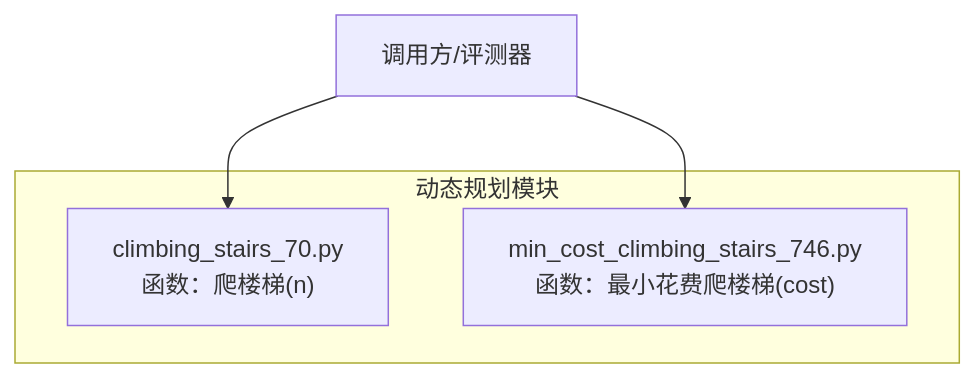
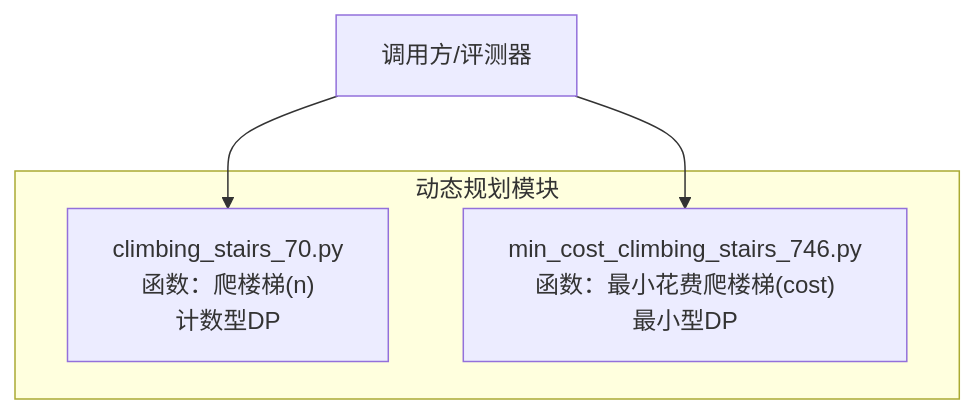
One commit to jameingh/x-leetcode changed the second of 6 diagrams in .qoder/repowiki/zh/content/第三阶段：高级算法/爬楼梯问题解决方案.md. Above: the diagram before and after it, drawn with Mermaid. The commit also changed other lines of this file and 27 other files, not shown here.

````diff
--- a/.qoder/repowiki/zh/content/第三阶段：高级算法/爬楼梯问题解决方案.md
+++ b/.qoder/repowiki/zh/content/第三阶段：高级算法/爬楼梯问题解决方案.md
@@ -65,9 +74,9 @@
 ```mermaid
 graph TB
 subgraph "动态规划模块"
-M1["climbing_stairs_70.py<br/>函数：爬楼梯(n)"]
-M2["min_cost_climbing_stairs_746.py<br/>函数：最小花费爬楼梯(cost)"]
+M1["climbing_stairs_70.py<br/>函数：爬楼梯(n)<br/>计数型DP"]
+M2["min_cost_climbing_stairs_746.py<br/>函数：最小花费爬楼梯(cost)<br/>最小型DP"]
 end
 U["调用方/评测器"] --> M1
 U --> M2
 ```
````
